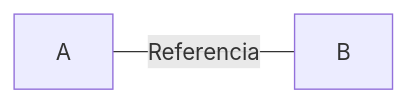
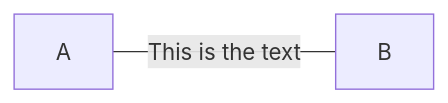
Before and after one commit to F4NT0/Mermaid_Example: the seventh of 10 diagrams in FlowCharts/LinksNodes.md, drawn with Mermaid. The commit also changed other lines of this file, not shown here.

````diff
--- a/FlowCharts/LinksNodes.md
+++ b/FlowCharts/LinksNodes.md
@@ -40,8 +97,8 @@
 ```mermaid
 ---
 Conexão Aberta
 ---
 
 flowchart LR
-    A-- Referencia ---B
+    A---|This is the text|B
 ```
````
